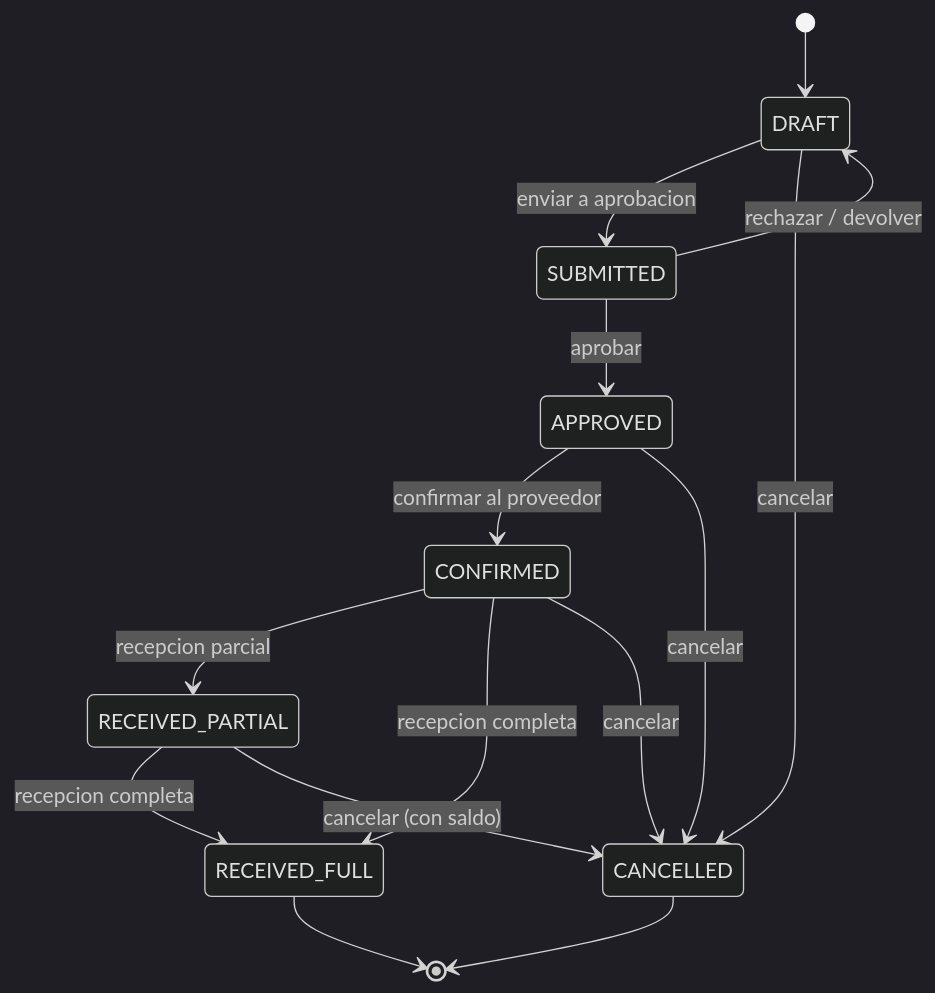
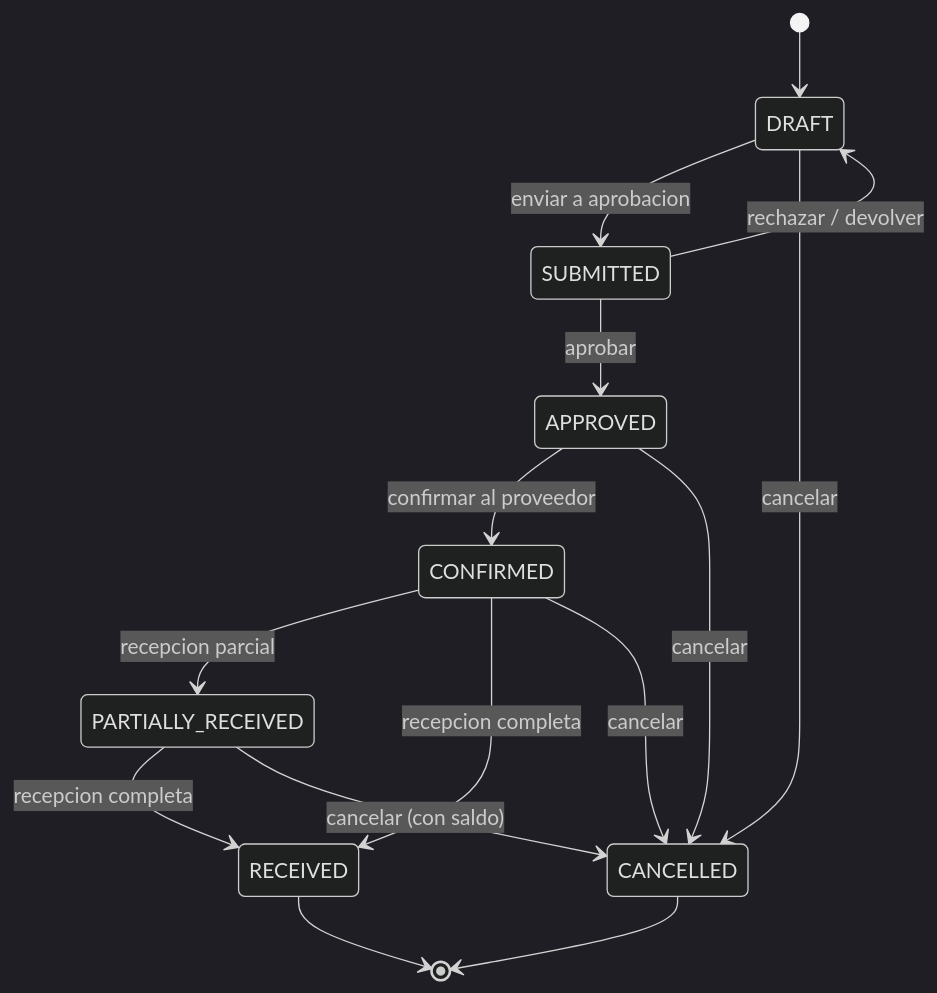
Before and after one commit to simonbravin/bloqer-v2: the seventh of 27 diagrams in docs/bloqer2.0/01-domain/STATE_MACHINES.md, drawn with Mermaid (dark theme). The commit also changed other lines of this file and 72 other files, not shown here.

````diff
--- a/docs/bloqer2.0/01-domain/STATE_MACHINES.md
+++ b/docs/bloqer2.0/01-domain/STATE_MACHINES.md
@@ -241,17 +241,17 @@
 ```mermaid
 stateDiagram-v2
   [*] --> DRAFT
   DRAFT --> SUBMITTED : enviar a aprobacion
   DRAFT --> CANCELLED : cancelar
   SUBMITTED --> APPROVED : aprobar
   SUBMITTED --> DRAFT : rechazar / devolver
   APPROVED --> CONFIRMED : confirmar al proveedor
   APPROVED --> CANCELLED : cancelar
-  CONFIRMED --> RECEIVED_PARTIAL : recepcion parcial
-  CONFIRMED --> RECEIVED_FULL : recepcion completa
+  CONFIRMED --> PARTIALLY_RECEIVED : recepcion parcial
+  CONFIRMED --> RECEIVED : recepcion completa
   CONFIRMED --> CANCELLED : cancelar
-  RECEIVED_PARTIAL --> RECEIVED_FULL : recepcion completa
-  RECEIVED_PARTIAL --> CANCELLED : cancelar (con saldo)
-  RECEIVED_FULL --> [*]
+  PARTIALLY_RECEIVED --> RECEIVED : recepcion completa
+  PARTIALLY_RECEIVED --> CANCELLED : cancelar (con saldo)
+  RECEIVED --> [*]
   CANCELLED --> [*]
 ```
````
